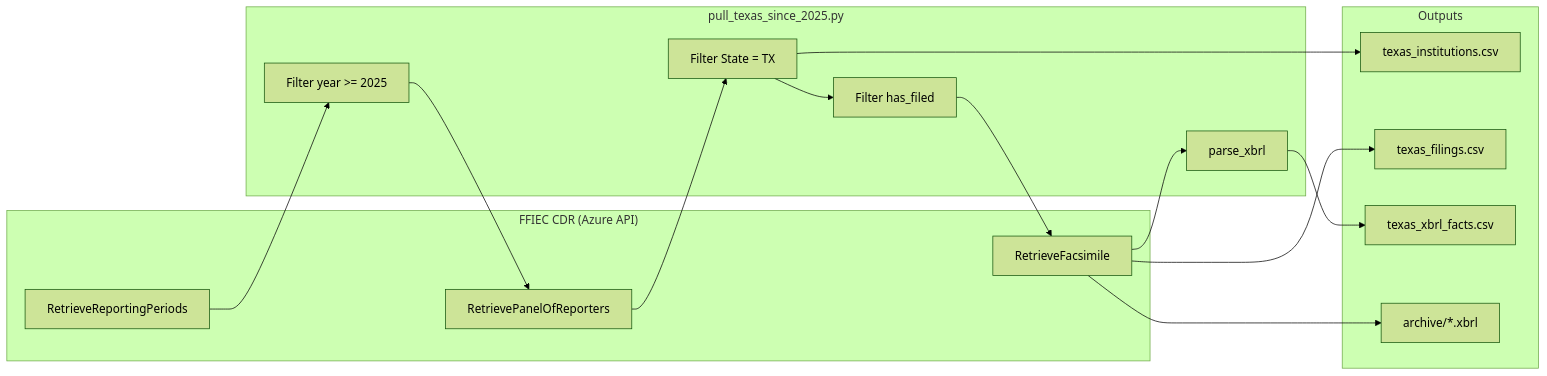
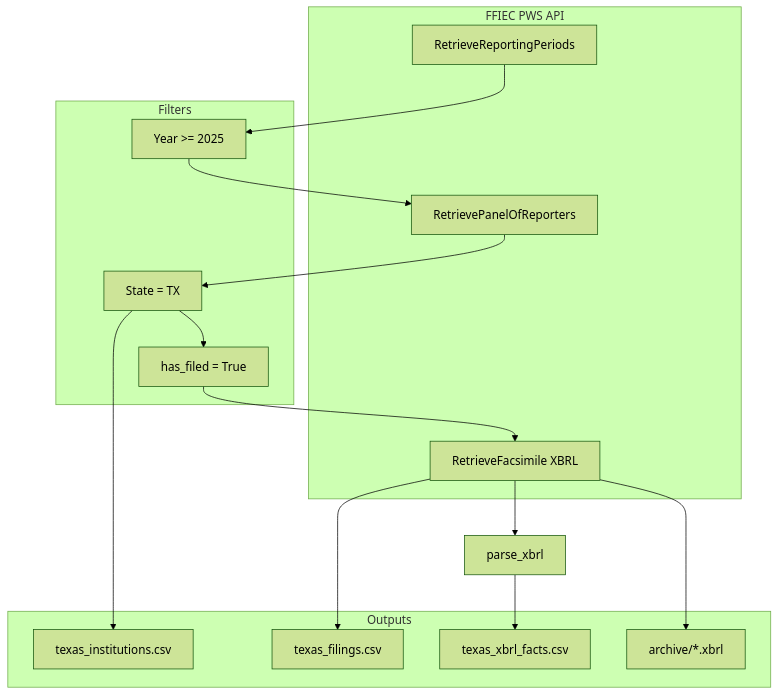
One commit to adityaalldunkin/FFIEC_DATABASE_PROJECT changed the first of 3 diagrams in ONLY_TEXAS_SINCE_2025/README.md. Above: the diagram before and after it, drawn with Mermaid (forest theme). The commit also changed other lines of this file and 6 other files, not shown here.

````diff
--- a/ONLY_TEXAS_SINCE_2025/README.md
+++ b/ONLY_TEXAS_SINCE_2025/README.md
@@ -230,33 +157,24 @@
 ```mermaid
-flowchart LR
-    subgraph FFIEC["FFIEC CDR (Azure API)"]
+flowchart TB
+    subgraph API["FFIEC PWS API"]
         P1[RetrieveReportingPeriods]
         P2[RetrievePanelOfReporters]
-        P3[RetrieveFacsimile]
+        P3[RetrieveFacsimile XBRL]
     end
-
-    subgraph Script["pull_texas_since_2025.py"]
-        F1[Filter year >= 2025]
-        F2[Filter State = TX]
-        F3[Filter has_filed]
-        P4[parse_xbrl]
+    subgraph Filters["Filters"]
+        F1[Year >= 2025]
+        F2[State = TX]
+        F3[has_filed = True]
     end
-
-    subgraph Outputs["Outputs"]
+    subgraph Out["Outputs"]
         CSV1[texas_institutions.csv]
         CSV2[texas_filings.csv]
         CSV3[texas_xbrl_facts.csv]
         ARC[archive/*.xbrl]
     end
-
-    P1 --> F1
-    F1 --> P2
-    P2 --> F2
-    F2 --> CSV1
-    F2 --> F3
-    F3 --> P3
-    P3 --> ARC
+    P1 --> F1 --> P2 --> F2 --> CSV1
+    F2 --> F3 --> P3 --> ARC
     P3 --> CSV2
-    P3 --> P4
-    P4 --> CSV3
+    P3 --> Parse[parse_xbrl]
+    Parse --> CSV3
 ```
````
